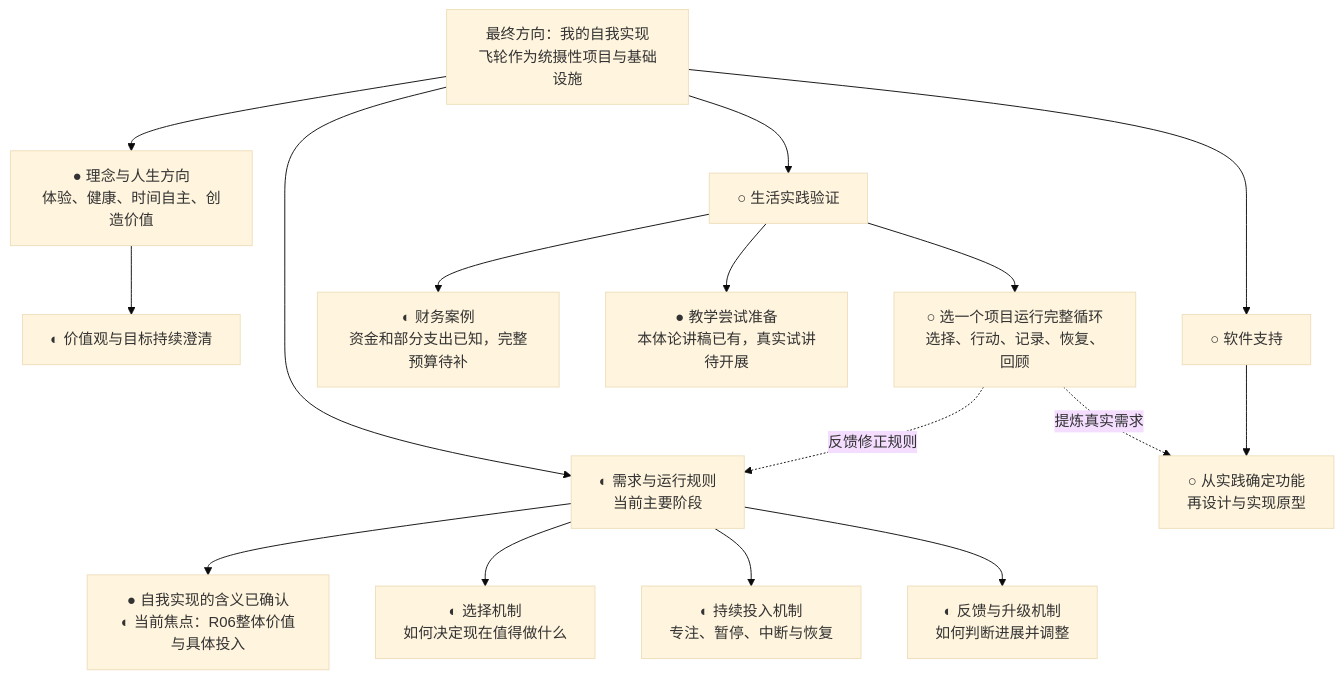
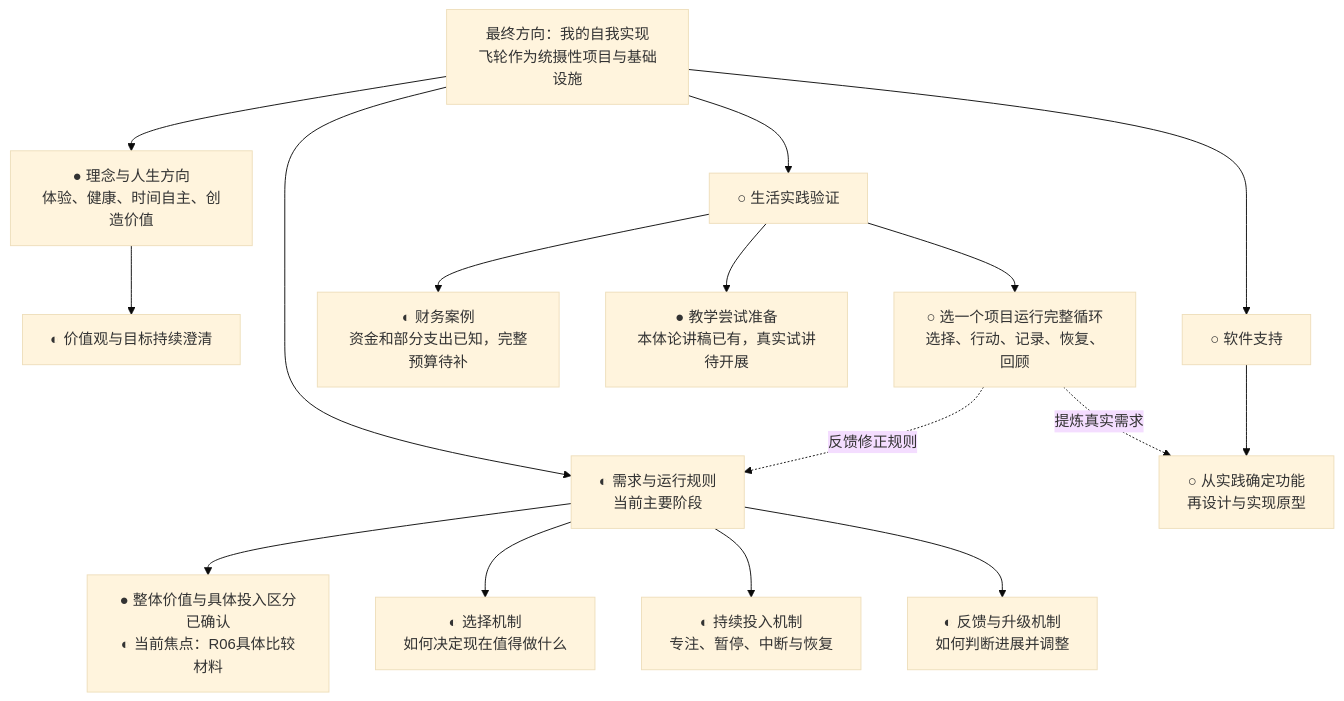
The first of 2 diagrams in 项目/人生飞轮/项目推进图.md (fangjiaqi2023-jpg/life-flywheel), drawn with Mermaid (base theme) before and after one commit. The commit also changed other lines of this file, not shown here.

````diff
--- a/项目/人生飞轮/项目推进图.md
+++ b/项目/人生飞轮/项目推进图.md
@@ -11,22 +11,22 @@
 ```mermaid
 flowchart TD
     M[最终方向：我的自我实现<br/>飞轮作为统摄性项目与基础设施]
     M --> A[● 理念与人生方向<br/>体验、健康、时间自主、创造价值]
     M --> B[◐ 需求与运行规则<br/>当前主要阶段]
     M --> C[○ 生活实践验证]
     M --> D[○ 软件支持]
 
     A --> A1[◐ 价值观与目标持续澄清]
-    B --> B0[● 自我实现的含义已确认<br/>◐ 当前焦点：R06整体价值与具体投入]
+    B --> B0[● 整体价值与具体投入区分已确认<br/>◐ 当前焦点：R06具体比较材料]
     B --> B1[◐ 选择机制<br/>如何决定现在值得做什么]
     B --> B2[◐ 持续投入机制<br/>专注、暂停、中断与恢复]
     B --> B3[◐ 反馈与升级机制<br/>如何判断进展并调整]
 
     C --> C1[◐ 财务案例<br/>资金和部分支出已知，完整预算待补]
     C --> C2[● 教学尝试准备<br/>本体论讲稿已有，真实试讲待开展]
     C --> C3[○ 选一个项目运行完整循环<br/>选择、行动、记录、恢复、回顾]
     D --> D1[○ 从实践确定功能<br/>再设计与实现原型]
 
     C3 -.反馈修正规则.-> B
     C3 -.提炼真实需求.-> D1
 ```
````
